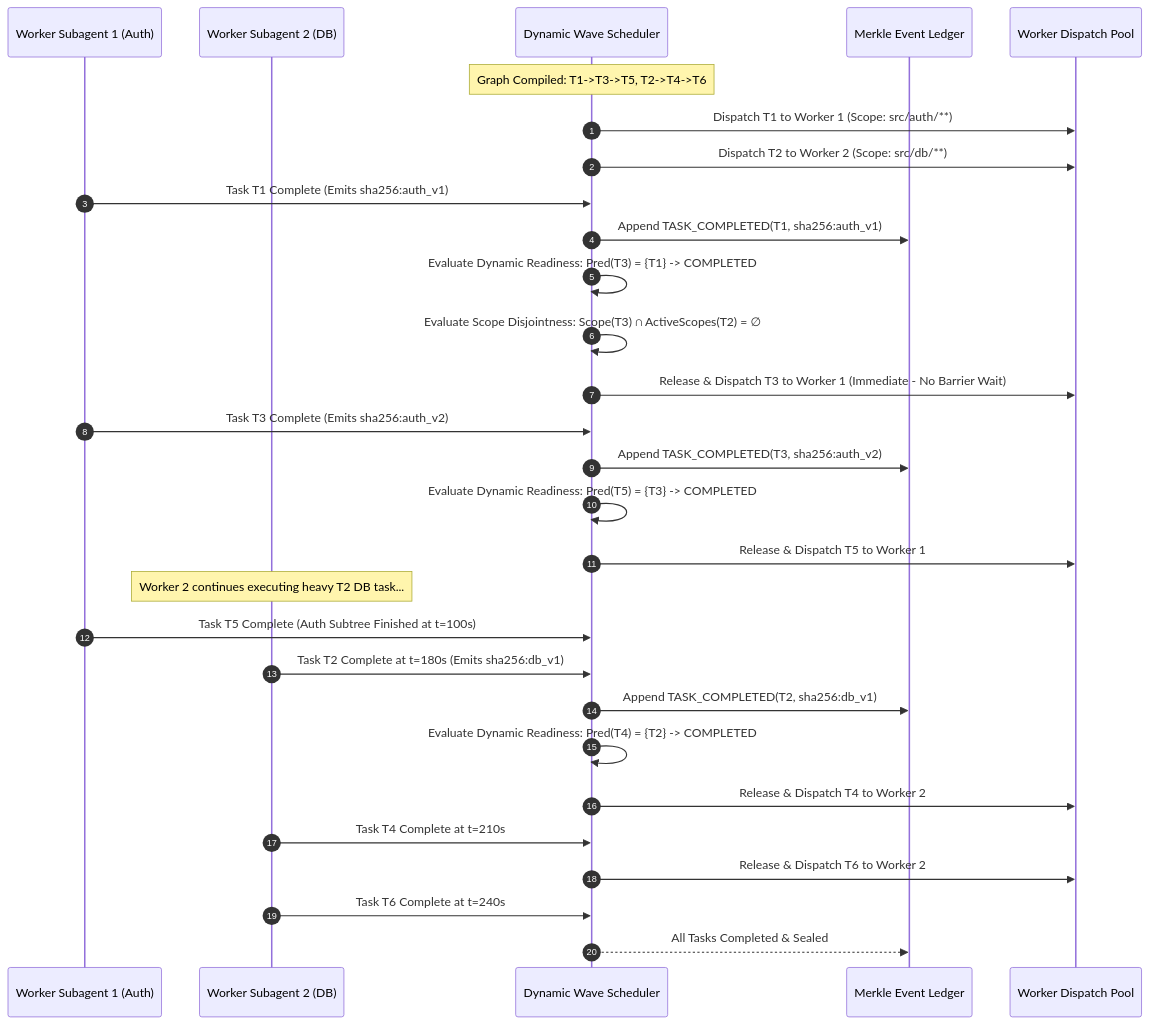
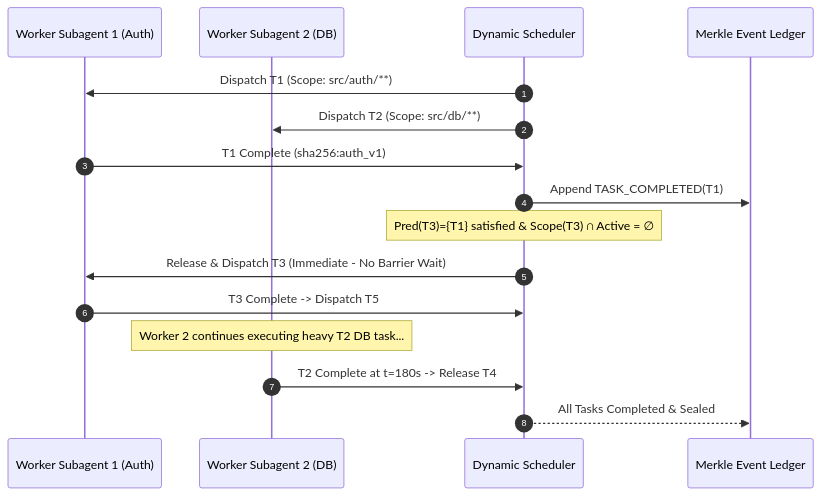
The diagram in docs/olt/architecture/06-topological-scheduler-dags/06-03-dynamic-wave-decoupling-and-scopes.md (onurseckin/skills), drawn with Mermaid before and after one commit. The commit also changed other lines of this file and 115 other files, not shown here.

````diff
--- a/docs/olt/architecture/06-topological-scheduler-dags/06-03-dynamic-wave-decoupling-and-scopes.md
+++ b/docs/olt/architecture/06-topological-scheduler-dags/06-03-dynamic-wave-decoupling-and-scopes.md
@@ -167,37 +94,19 @@
 ```mermaid
 sequenceDiagram
     autonumber
     participant W1 as Worker Subagent 1 (Auth)
     participant W2 as Worker Subagent 2 (DB)
-    participant Sched as Dynamic Wave Scheduler
+    participant Sched as Dynamic Scheduler
     participant Ledger as Merkle Event Ledger
-    participant Pool as Worker Dispatch Pool
 
-    Note over Sched: Graph Compiled: T1->T3->T5, T2->T4->T6
-    Sched->>Pool: Dispatch T1 to Worker 1 (Scope: src/auth/**)
-    Sched->>Pool: Dispatch T2 to Worker 2 (Scope: src/db/**)
-
-    W1->>Sched: Task T1 Complete (Emits sha256:auth_v1)
-    Sched->>Ledger: Append TASK_COMPLETED(T1, sha256:auth_v1)
-    Sched->>Sched: Evaluate Dynamic Readiness: Pred(T3) = {T1} -> COMPLETED
-    Sched->>Sched: Evaluate Scope Disjointness: Scope(T3) ∩ ActiveScopes(T2) = ∅
-    Sched->>Pool: Release & Dispatch T3 to Worker 1 (Immediate - No Barrier Wait)
-
-    W1->>Sched: Task T3 Complete (Emits sha256:auth_v2)
-    Sched->>Ledger: Append TASK_COMPLETED(T3, sha256:auth_v2)
-    Sched->>Sched: Evaluate Dynamic Readiness: Pred(T5) = {T3} -> COMPLETED
-    Sched->>Pool: Release & Dispatch T5 to Worker 1
-
+    Sched->>W1: Dispatch T1 (Scope: src/auth/**)
+    Sched->>W2: Dispatch T2 (Scope: src/db/**)
+    W1->>Sched: T1 Complete (sha256:auth_v1)
+    Sched->>Ledger: Append TASK_COMPLETED(T1)
+    Note over Sched: Pred(T3)={T1} satisfied & Scope(T3) ∩ Active = ∅
+    Sched->>W1: Release & Dispatch T3 (Immediate - No Barrier Wait)
+    W1->>Sched: T3 Complete -> Dispatch T5
     Note over W2: Worker 2 continues executing heavy T2 DB task...
-    W1->>Sched: Task T5 Complete (Auth Subtree Finished at t=100s)
-
-    W2->>Sched: Task T2 Complete at t=180s (Emits sha256:db_v1)
-    Sched->>Ledger: Append TASK_COMPLETED(T2, sha256:db_v1)
-    Sched->>Sched: Evaluate Dynamic Readiness: Pred(T4) = {T2} -> COMPLETED
-    Sched->>Pool: Release & Dispatch T4 to Worker 2
-
-    W2->>Sched: Task T4 Complete at t=210s
-    Sched->>Pool: Release & Dispatch T6 to Worker 2
-    W2->>Sched: Task T6 Complete at t=240s
+    W2->>Sched: T2 Complete at t=180s -> Release T4
     Sched-->>Ledger: All Tasks Completed & Sealed
 ```
````
